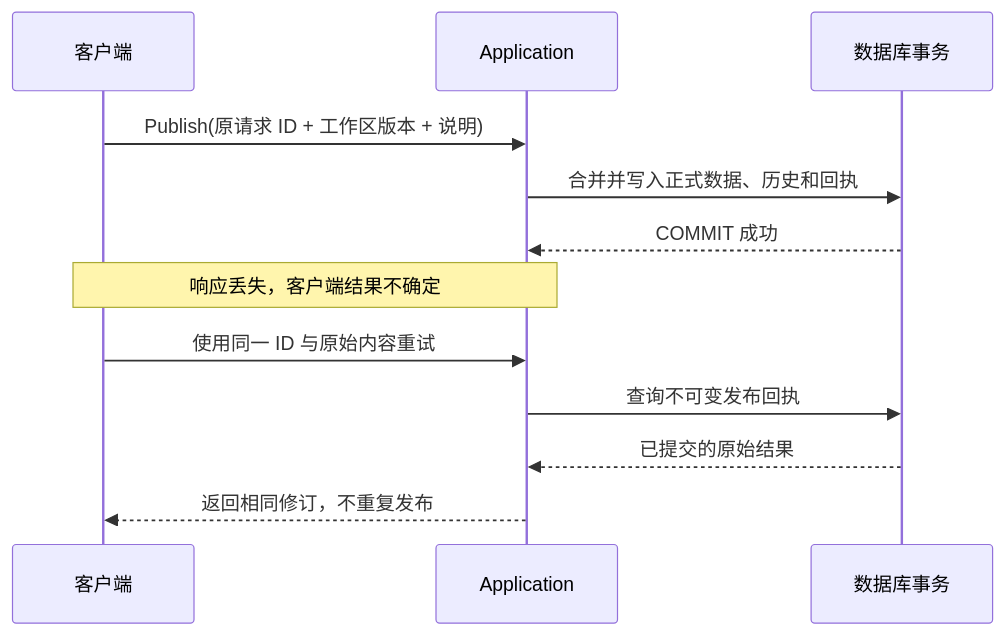
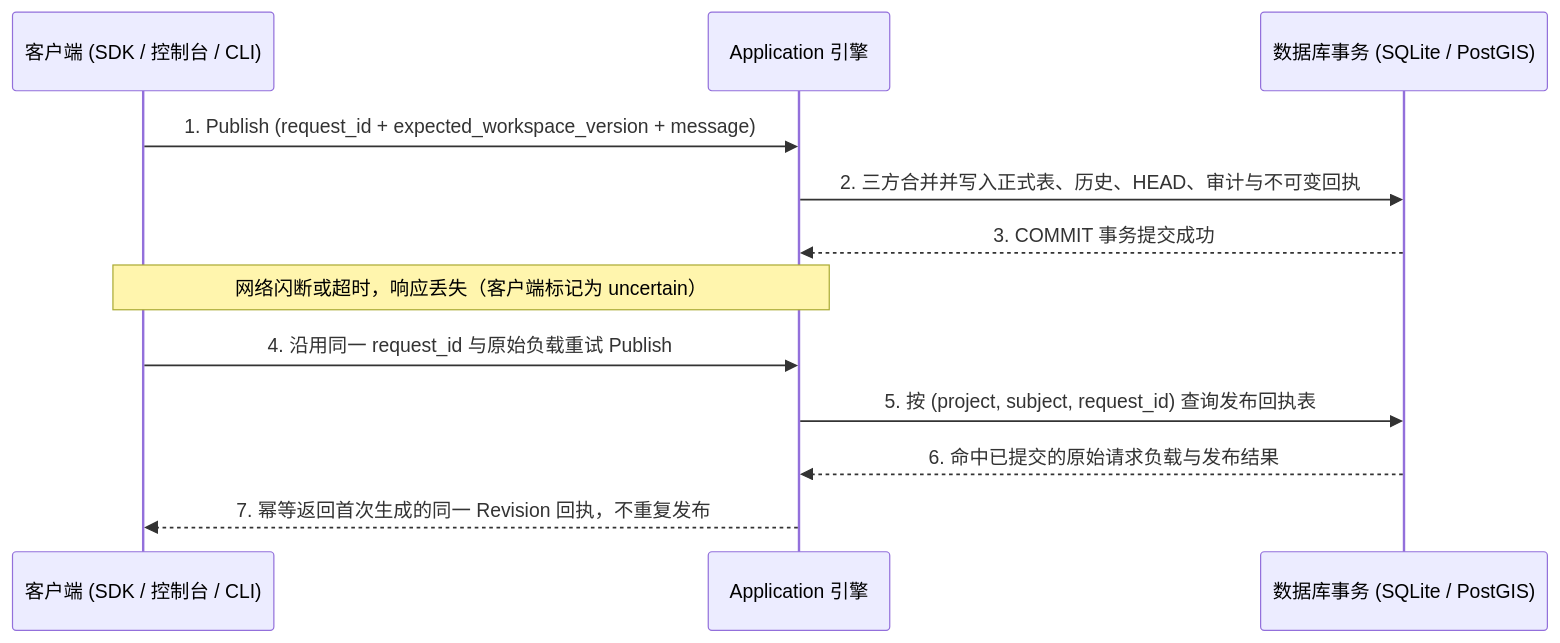
Before and after one commit to mapseekai/geoledger-web: the diagram in content/docs/architecture/transactions.md, drawn with Mermaid. The commit also changed other lines of this file and 40 other files, not shown here.

````diff
--- a/content/docs/architecture/transactions.md
+++ b/content/docs/architecture/transactions.md
@@ -24,14 +37,14 @@
 ```mermaid
 sequenceDiagram
-  participant C as 客户端
-  participant A as Application
-  participant DB as 数据库事务
-  C->>A: Publish(原请求 ID + 工作区版本 + 说明)
-  A->>DB: 合并并写入正式数据、历史和回执
-  DB-->>A: COMMIT 成功
-  Note over C,A: 响应丢失，客户端结果不确定
-  C->>A: 使用同一 ID 与原始内容重试
-  A->>DB: 查询不可变发布回执
-  DB-->>A: 已提交的原始结果
-  A-->>C: 返回相同修订，不重复发布
+  participant C as 客户端 (SDK / 控制台 / CLI)
+  participant A as Application 引擎
+  participant DB as 数据库事务 (SQLite / PostGIS)
+  C->>A: 1. Publish (request_id + expected_workspace_version + message)
+  A->>DB: 2. 三方合并并写入正式表、历史、HEAD、审计与不可变回执
+  DB-->>A: 3. COMMIT 事务提交成功
+  Note over C,A: 网络闪断或超时，响应丢失（客户端标记为 uncertain）
+  C->>A: 4. 沿用同一 request_id 与原始负载重试 Publish
+  A->>DB: 5. 按 (project, subject, request_id) 查询发布回执表
+  DB-->>A: 6. 命中已提交的原始请求负载与发布结果
+  A-->>C: 7. 幂等返回首次生成的同一 Revision 回执，不重复发布
 ```
````
